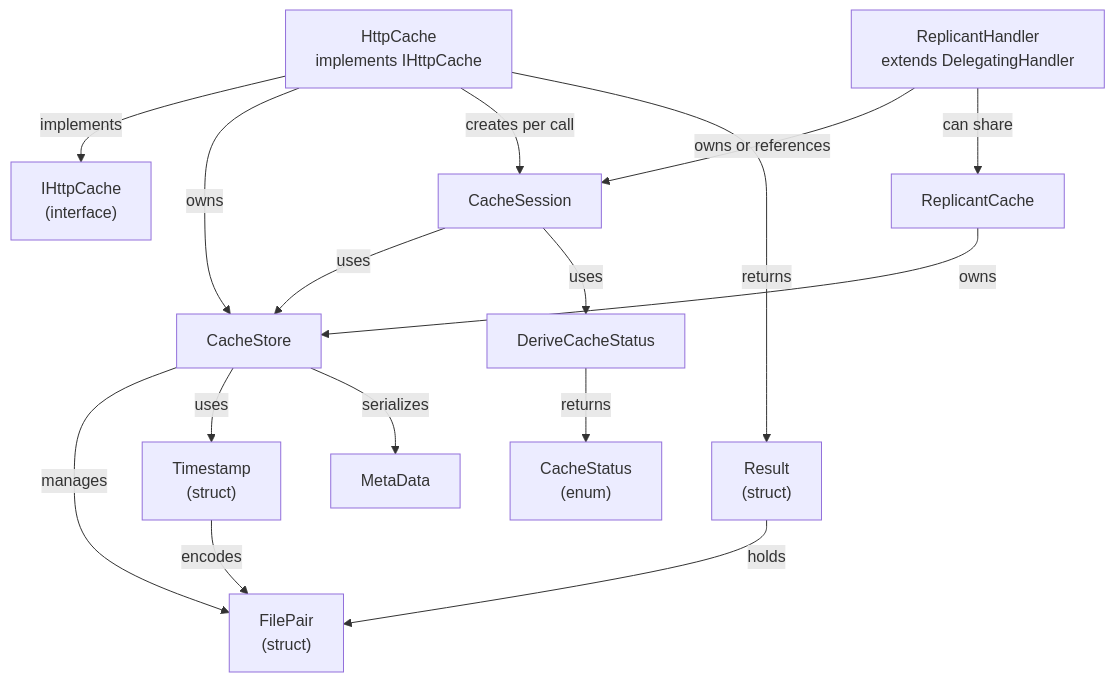
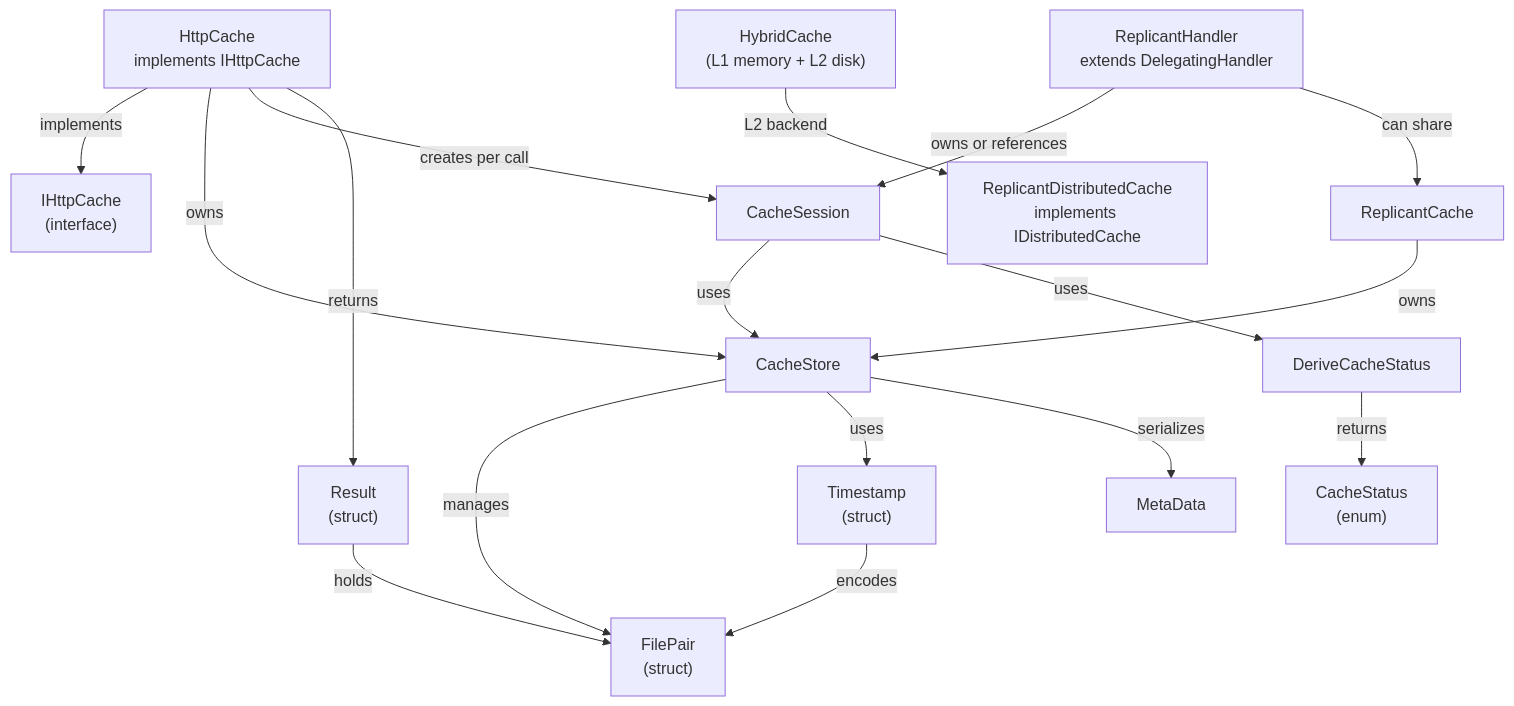
One commit to SimonCropp/Replicant changed the first of 2 diagrams in readme.md. Above: the diagram before and after it, drawn with Mermaid. The commit also changed other lines of this file and 7 other files, not shown here.

Commit message:
add HybridCache support (#323)

````diff
--- a/readme.md
+++ b/readme.md
@@ -285,31 +300,34 @@
 ```mermaid
 graph TD
     IHttpCache["IHttpCache<br/>(interface)"]
     HttpCache["HttpCache<br/>implements IHttpCache"]
     ReplicantHandler["ReplicantHandler<br/>extends DelegatingHandler"]
     ReplicantCache["ReplicantCache"]
     CacheSession["CacheSession"]
     CacheStore["CacheStore"]
     FilePair["FilePair<br/>(struct)"]
     Timestamp["Timestamp<br/>(struct)"]
     MetaData["MetaData"]
     Result["Result<br/>(struct)"]
     DeriveCacheStatus["DeriveCacheStatus"]
     CacheStatus["CacheStatus<br/>(enum)"]
+    ReplicantDistributedCache["ReplicantDistributedCache<br/>implements IDistributedCache"]
+    HybridCache["HybridCache<br/>(L1 memory + L2 disk)"]
 
     HttpCache -->|implements| IHttpCache
     HttpCache -->|owns| CacheStore
     HttpCache -->|creates per call| CacheSession
     HttpCache -->|returns| Result
     ReplicantHandler -->|owns or references| CacheSession
     ReplicantHandler -->|can share| ReplicantCache
     ReplicantCache -->|owns| CacheStore
     CacheSession -->|uses| CacheStore
     CacheSession -->|uses| DeriveCacheStatus
     DeriveCacheStatus -->|returns| CacheStatus
     CacheStore -->|manages| FilePair
     CacheStore -->|uses| Timestamp
     CacheStore -->|serializes| MetaData
     Result -->|holds| FilePair
     Timestamp -->|encodes| FilePair
+    HybridCache -->|L2 backend| ReplicantDistributedCache
 ```
````
